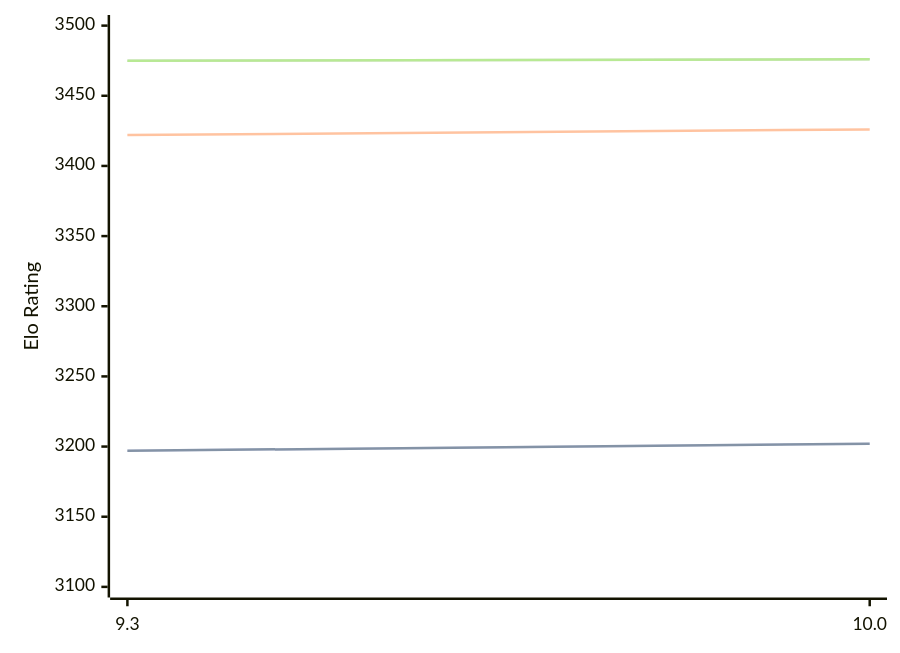
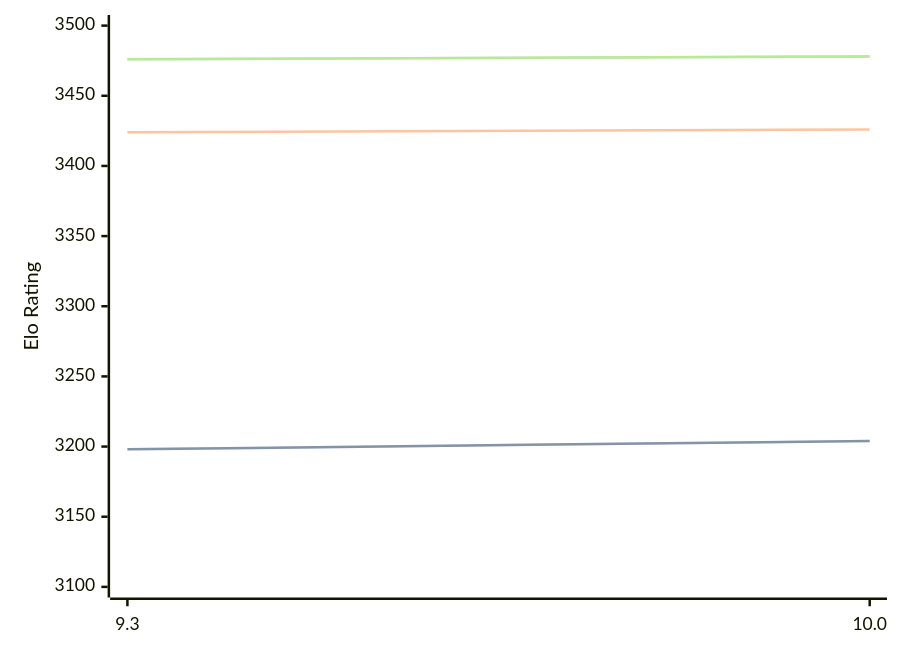
The diagram in engines/Fire.md (computer-chess-index/cci), drawn with Mermaid before and after one commit. The commit also changed other lines of this file, not shown here.

Commit message:
Update CCI Ratings (ELO VLTC) - 2026-05-16

````diff
--- a/engines/Fire.md
+++ b/engines/Fire.md
@@ -47,11 +47,11 @@
 ```mermaid
 %%{init: {"theme":"base","themeVariables":{"seriesColors:['#a3a3a3','#222221','#faa371']}}}%%
 xychart-beta
   x-axis ["9.3", "10.0"]
   y-axis "Elo Rating" 3100 --> 3500
-  line "STC (8.0+0.08s)" [3197, 3202]
-  line "STC (8.0+0.08s)" [3197, 3202]
-  line "LTC (60.0+0.60s)" [3422, 3426]
-  line "VLTC (2m24s+1.12s)" [3475, 3476]
-  line "VLTC (2m24s+1.12s)" [3475, 3476]
+  line "STC (8.0+0.08s)" [3198, 3204]
+  line "STC (8.0+0.08s)" [3198, 3204]
+  line "LTC (60.0+0.60s)" [3424, 3426]
+  line "VLTC (2m24s+1.12s)" [3476, 3478]
+  line "VLTC (2m24s+1.12s)" [3476, 3478]
 ```
````
